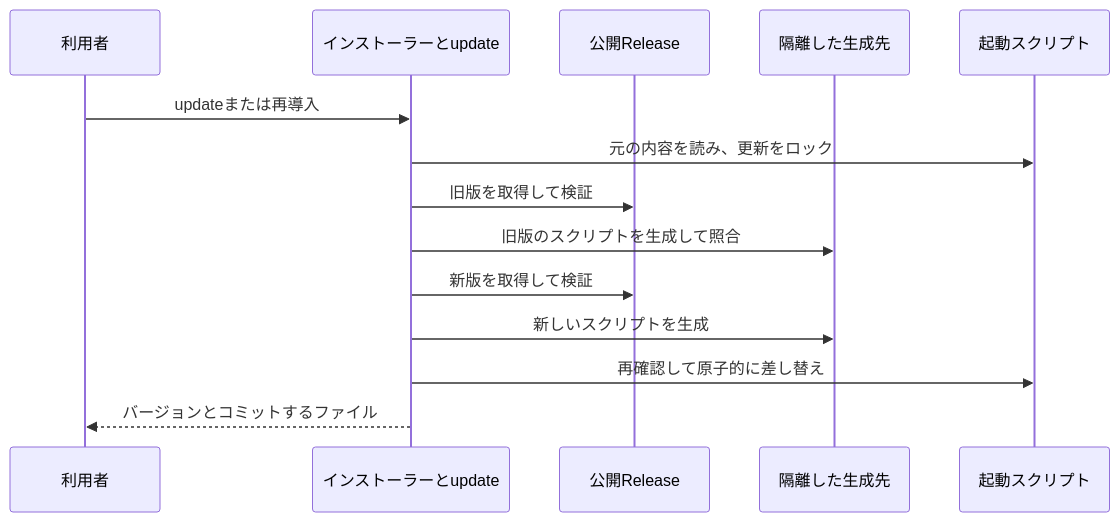
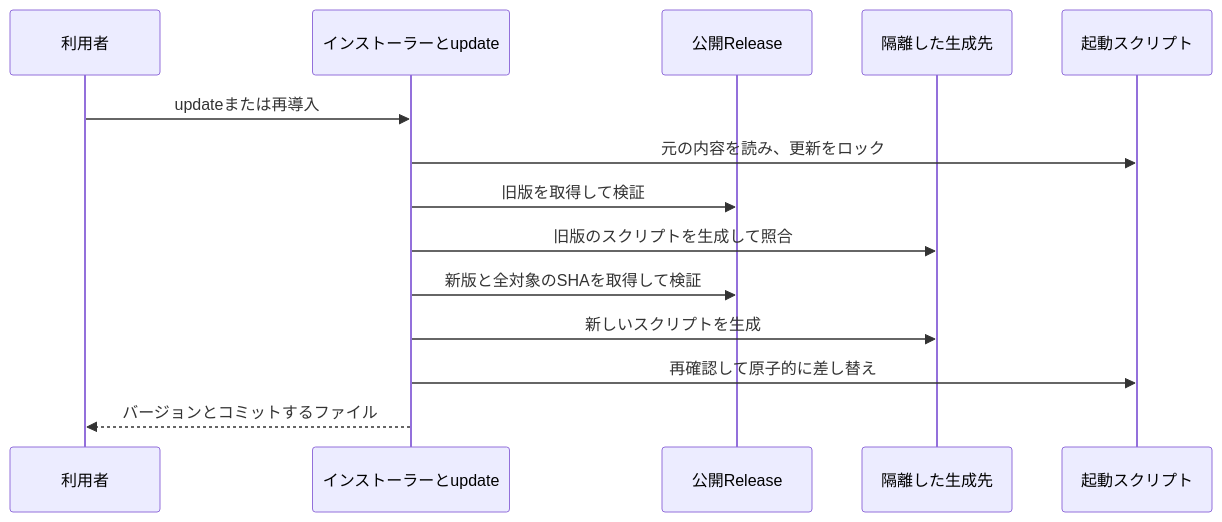
One commit to azu/sdev changed the diagram in docs/products/sdev/features/project-bootstrap/design.ja.md. Above: the diagram before and after it, drawn with Mermaid. The commit also changed other lines of this file and 18 other files, not shown here.

````diff
--- a/docs/products/sdev/features/project-bootstrap/design.ja.md
+++ b/docs/products/sdev/features/project-bootstrap/design.ja.md
@@ -122,16 +131,16 @@
 ```mermaid
 sequenceDiagram
     participant U as 利用者
     participant I as インストーラーとupdate
     participant R as 公開Release
     participant S as 隔離した生成先
     participant P as 起動スクリプト
     U->>I: updateまたは再導入
     I->>P: 元の内容を読み、更新をロック
     I->>R: 旧版を取得して検証
     I->>S: 旧版のスクリプトを生成して照合
-    I->>R: 新版を取得して検証
+    I->>R: 新版と全対象のSHAを取得して検証
     I->>S: 新しいスクリプトを生成
     I->>P: 再確認して原子的に差し替え
     I-->>U: バージョンとコミットするファイル
 ```
````
